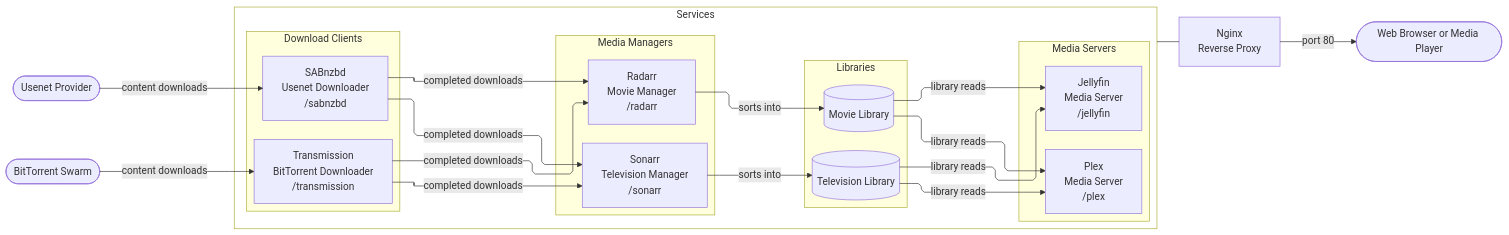
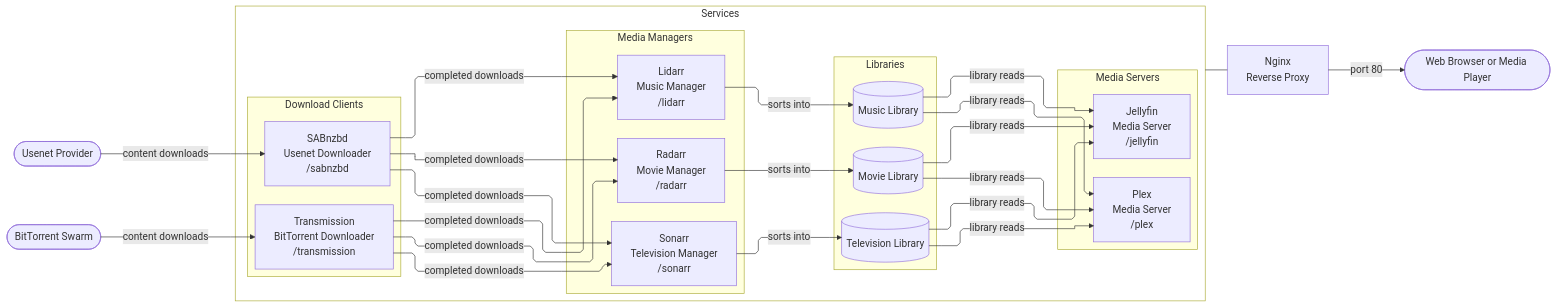
The diagram in README.md (evinowen/bragi), drawn with Mermaid before and after one commit. The commit also changed other lines of this file and 19 other files, not shown here.

Commit message:
Add Lidarr music manager service with music library integration across pipeline

````diff
--- a/README.md
+++ b/README.md
@@ -20,53 +20,60 @@
 ```mermaid
 %%{init: {'flowchart': {'defaultRenderer': 'elk', 'curve': 'linear'}}}%%
 flowchart LR
     UP([Usenet Provider])
     BT_SRC([BitTorrent Swarm])
 
     subgraph pipeline[Services]
         subgraph downloaders[Download Clients]
             direction TB
             SAB["SABnzbd<br>Usenet Downloader<br>/sabnzbd"]
             TRN["Transmission<br>BitTorrent Downloader<br>/transmission"]
         end
 
         subgraph managers[Media Managers]
             direction TB
             SON["Sonarr<br>Television Manager<br>/sonarr"]
             RAD["Radarr<br>Movie Manager<br>/radarr"]
+            LID["Lidarr<br>Music Manager<br>/lidarr"]
         end
 
         subgraph libraries[Libraries]
             direction TB
             TL[(Television Library)]
             ML[(Movie Library)]
+            MUL[(Music Library)]
         end
 
         subgraph servers[Media Servers]
             direction TB
             JF["Jellyfin<br>Media Server<br>/jellyfin"]
             PL["Plex<br>Media Server<br>/plex"]
         end
     end
 
     NGX["Nginx<br>Reverse Proxy"]
     CLIENT([Web Browser or Media Player])
 
     UP -->|content downloads| SAB
     BT_SRC -->|content downloads| TRN
     SAB -->|completed downloads| SON
     SAB -->|completed downloads| RAD
+    SAB -->|completed downloads| LID
     TRN -->|completed downloads| SON
     TRN -->|completed downloads| RAD
+    TRN -->|completed downloads| LID
     SON -->|sorts into| TL
     RAD -->|sorts into| ML
+    LID -->|sorts into| MUL
     TL -->|library reads| JF
     ML -->|library reads| JF
+    MUL -->|library reads| JF
     TL -->|library reads| PL
     ML -->|library reads| PL
+    MUL -->|library reads| PL
 
     pipeline --- NGX
     NGX -->|port 80| CLIENT
 
     style pipeline fill:transparent
 ```
````
